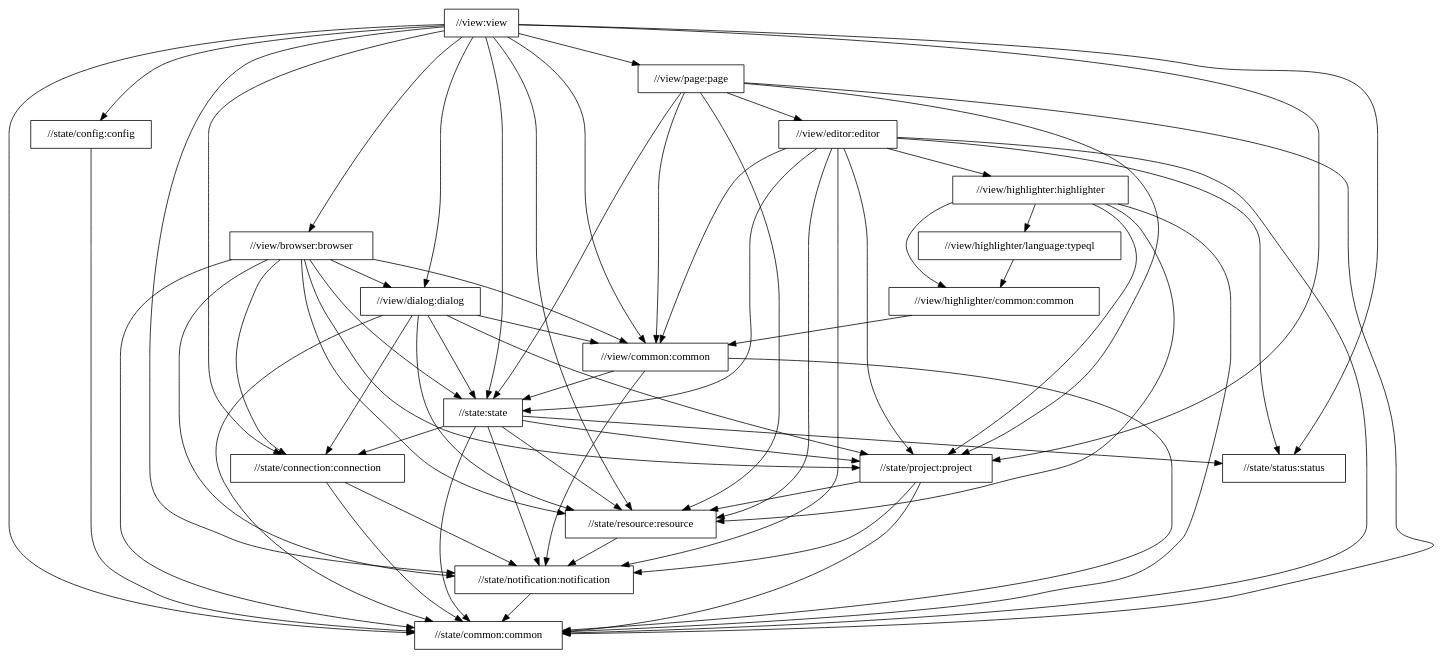
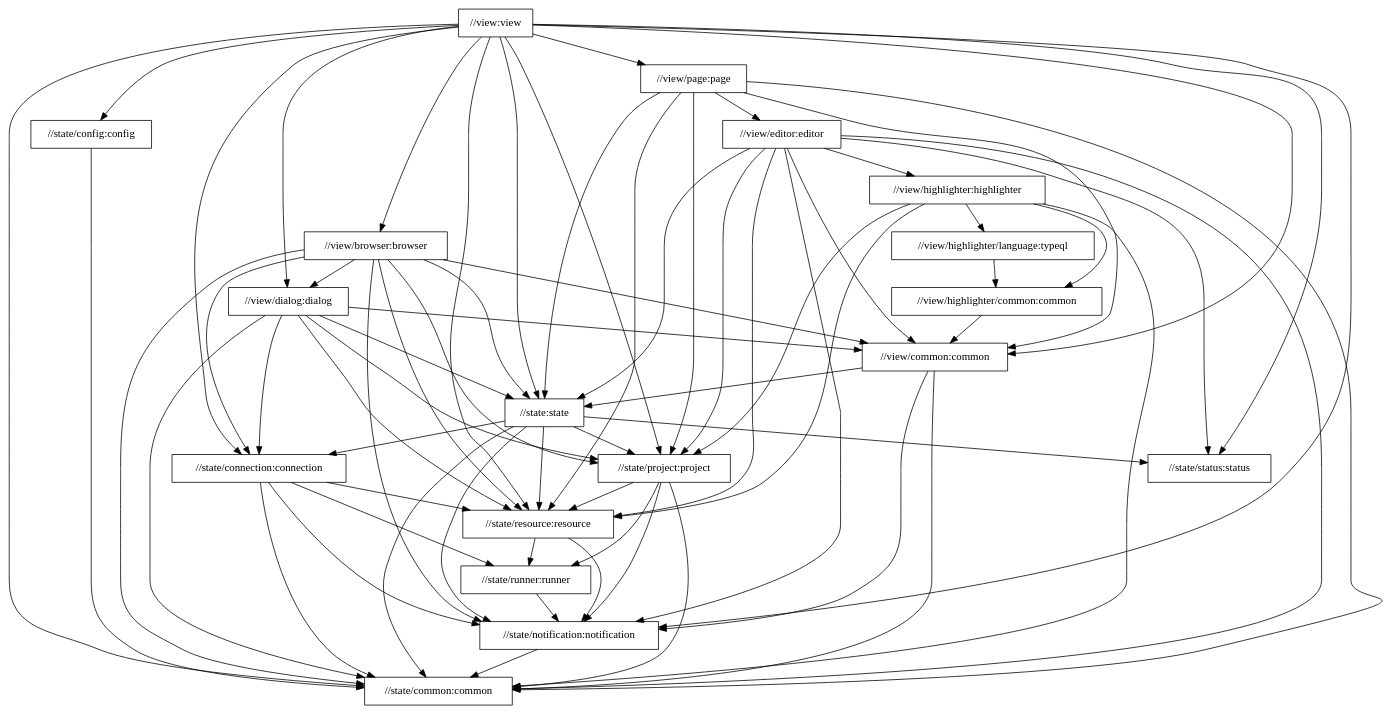
The diagram in docs/global-package-structure.dot (typedb/typedb-studio), drawn with Graphviz before and after one commit. The commit also changed 18 other files, not shown here.

```diff
--- a/docs/global-package-structure.dot
+++ b/docs/global-package-structure.dot
@@ -1,84 +1,90 @@
 digraph mygraph {
   node [shape=box];
   "//view:view"
   "//view:view" -> "//state:state"
   "//view:view" -> "//state/common:common"
   "//view:view" -> "//state/config:config"
   "//view:view" -> "//state/connection:connection"
   "//view:view" -> "//state/notification:notification"
   "//view:view" -> "//state/project:project"
   "//view:view" -> "//state/resource:resource"
   "//view:view" -> "//state/status:status"
   "//view:view" -> "//view/browser:browser"
   "//view:view" -> "//view/common:common"
   "//view:view" -> "//view/dialog:dialog"
   "//view:view" -> "//view/page:page"
   "//view/page:page"
   "//view/page:page" -> "//state:state"
   "//view/page:page" -> "//state/common:common"
   "//view/page:page" -> "//state/project:project"
   "//view/page:page" -> "//state/resource:resource"
   "//view/page:page" -> "//view/common:common"
   "//view/page:page" -> "//view/editor:editor"
   "//view/editor:editor"
   "//view/editor:editor" -> "//state:state"
   "//view/editor:editor" -> "//state/common:common"
   "//view/editor:editor" -> "//state/notification:notification"
   "//view/editor:editor" -> "//state/project:project"
   "//view/editor:editor" -> "//state/resource:resource"
   "//view/editor:editor" -> "//state/status:status"
   "//view/editor:editor" -> "//view/common:common"
   "//view/editor:editor" -> "//view/highlighter:highlighter"
-  "//view/highlighter:highlighter"
-  "//view/highlighter:highlighter" -> "//state/common:common"
-  "//view/highlighter:highlighter" -> "//state/project:project"
-  "//view/highlighter:highlighter" -> "//state/resource:resource"
-  "//view/highlighter:highlighter" -> "//view/highlighter/common:common"
-  "//view/highlighter:highlighter" -> "//view/highlighter/language:typeql"
-  "//view/highlighter/language:typeql"
-  "//view/highlighter/language:typeql" -> "//view/highlighter/common:common"
-  "//view/highlighter/common:common"
-  "//view/highlighter/common:common" -> "//view/common:common"
   "//view/browser:browser"
   "//view/browser:browser" -> "//state:state"
   "//view/browser:browser" -> "//state/common:common"
   "//view/browser:browser" -> "//state/connection:connection"
   "//view/browser:browser" -> "//state/notification:notification"
   "//view/browser:browser" -> "//state/project:project"
   "//view/browser:browser" -> "//state/resource:resource"
   "//view/browser:browser" -> "//view/common:common"
   "//view/browser:browser" -> "//view/dialog:dialog"
   "//view/dialog:dialog"
   "//view/dialog:dialog" -> "//state:state"
   "//view/dialog:dialog" -> "//state/common:common"
   "//view/dialog:dialog" -> "//state/connection:connection"
   "//view/dialog:dialog" -> "//state/project:project"
   "//view/dialog:dialog" -> "//state/resource:resource"
   "//view/dialog:dialog" -> "//view/common:common"
+  "//state/config:config"
+  "//state/config:config" -> "//state/common:common"
+  "//view/highlighter:highlighter"
+  "//view/highlighter:highlighter" -> "//state/common:common"
+  "//view/highlighter:highlighter" -> "//state/project:project"
+  "//view/highlighter:highlighter" -> "//state/resource:resource"
+  "//view/highlighter:highlighter" -> "//view/highlighter/common:common"
+  "//view/highlighter:highlighter" -> "//view/highlighter/language:typeql"
+  "//view/highlighter/language:typeql"
+  "//view/highlighter/language:typeql" -> "//view/highlighter/common:common"
+  "//view/highlighter/common:common"
+  "//view/highlighter/common:common" -> "//view/common:common"
   "//view/common:common"
   "//view/common:common" -> "//state/notification:notification"
   "//view/common:common" -> "//state:state"
   "//view/common:common" -> "//state/common:common"
-  "//state/config:config"
-  "//state/config:config" -> "//state/common:common"
   "//state:state"
   "//state:state" -> "//state/common:common"
   "//state:state" -> "//state/connection:connection"
   "//state:state" -> "//state/notification:notification"
   "//state:state" -> "//state/project:project"
   "//state:state" -> "//state/resource:resource"
   "//state:state" -> "//state/status:status"
   "//state/status:status"
+  "//state/connection:connection"
+  "//state/connection:connection" -> "//state/common:common"
+  "//state/connection:connection" -> "//state/notification:notification"
+  "//state/connection:connection" -> "//state/resource:resource"
+  "//state/connection:connection" -> "//state/runner:runner"
   "//state/project:project"
   "//state/project:project" -> "//state/common:common"
   "//state/project:project" -> "//state/notification:notification"
   "//state/project:project" -> "//state/resource:resource"
+  "//state/project:project" -> "//state/runner:runner"
   "//state/resource:resource"
   "//state/resource:resource" -> "//state/notification:notification"
-  "//state/connection:connection"
-  "//state/connection:connection" -> "//state/common:common"
-  "//state/connection:connection" -> "//state/notification:notification"
+  "//state/resource:resource" -> "//state/runner:runner"
+  "//state/runner:runner"
+  "//state/runner:runner" -> "//state/notification:notification"
   "//state/notification:notification"
   "//state/notification:notification" -> "//state/common:common"
   "//state/common:common"
 }
```
